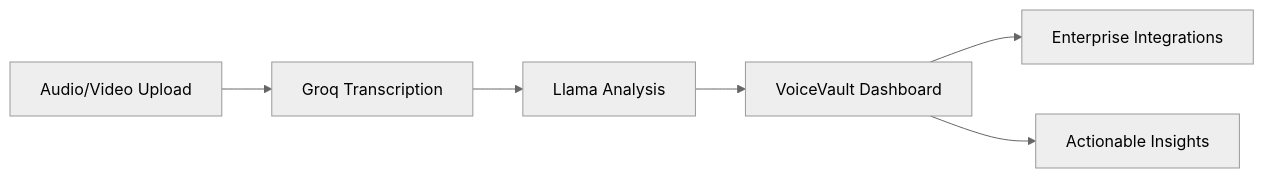
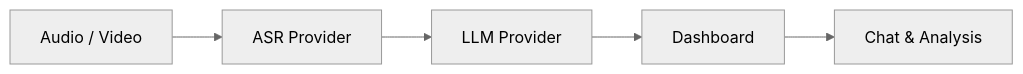
The diagram in README.md (nezhar/voicevault), drawn with Mermaid (neutral theme) before and after one commit. The commit also changed other lines of this file and 20 other files, not shown here.

````diff
--- a/README.md
+++ b/README.md
@@ -29,8 +17,7 @@
 ```mermaid
 graph LR
-    A[Audio/Video Upload] --> B[Groq Transcription]
-    B --> C[Llama Analysis]
-    C --> D[VoiceVault Dashboard]
-    D --> E[Enterprise Integrations]
-    D --> F[Actionable Insights]
+    A[Audio / Video] --> B[ASR Provider]
+    B --> C[LLM Provider]
+    C --> D[Dashboard]
+    D --> E[Chat & Analysis]
 ```
````
